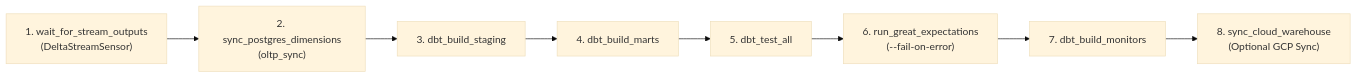
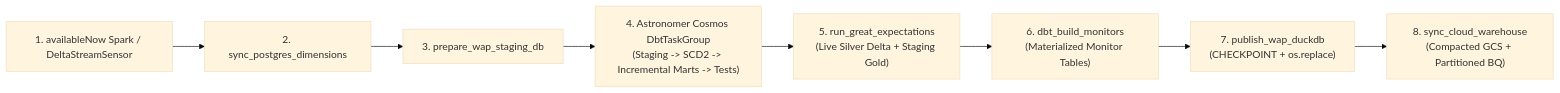
One commit to JayKay24/data-engineering changed the third of 3 diagrams in docs/wiki/Architecture-Overview.md. Above: the diagram before and after it, drawn with Mermaid (base theme). The commit also changed other lines of this file and 77 other files, not shown here.

Commit message:
feat(ecommerce): modernize pipeline to Medallion Lakehouse with Redpanda, WAP DuckDB, SCD2, Cosmos & CI

````diff
--- a/docs/wiki/Architecture-Overview.md
+++ b/docs/wiki/Architecture-Overview.md
@@ -108,10 +114,10 @@
 ```mermaid
 flowchart LR
-  S["1. wait_for_stream_outputs<br/>(DeltaStreamSensor)"] --> O["2. sync_postgres_dimensions<br/>(oltp_sync)"]
-  O --> DS["3. dbt_build_staging"]
-  DS --> DM["4. dbt_build_marts"]
-  DM --> DT["5. dbt_test_all"]
-  DT --> GX["6. run_great_expectations<br/>(--fail-on-error)"]
-  GX --> MON["7. dbt_build_monitors"]
-  MON --> GCP["8. sync_cloud_warehouse<br/>(Optional GCP Sync)"]
+  S["1. availableNow Spark / DeltaStreamSensor"] --> O["2. sync_postgres_dimensions"]
+  O --> P["3. prepare_wap_staging_db"]
+  P --> C["4. Astronomer Cosmos DbtTaskGroup<br/>(Staging -> SCD2 -> Incremental Marts -> Tests)"]
+  C --> GX["5. run_great_expectations<br/>(Live Silver Delta + Staging Gold)"]
+  GX --> MON["6. dbt_build_monitors<br/>(Materialized Monitor Tables)"]
+  MON --> PUB["7. publish_wap_duckdb<br/>(CHECKPOINT + os.replace)"]
+  PUB --> GCP["8. sync_cloud_warehouse<br/>(Compacted GCS + Partitioned BQ)"]
 ```
````
